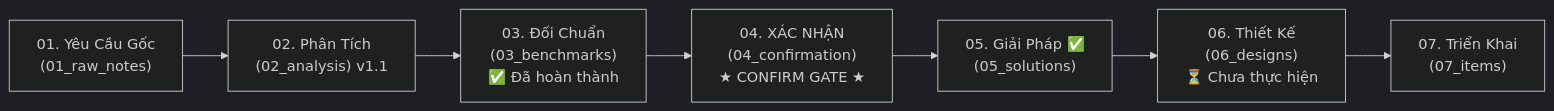
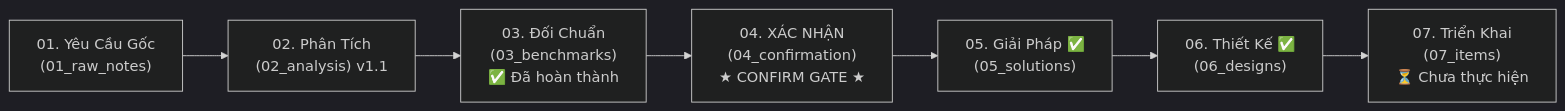
Before and after one commit to min3rd/open-erp: the diagram in docs/sprints/sprint_03_plugin_manager/00_READING_GUIDE.md, drawn with Mermaid (dark theme). The commit also changed other lines of this file and 3 other files, not shown here.

````diff
--- a/docs/sprints/sprint_03_plugin_manager/00_READING_GUIDE.md
+++ b/docs/sprints/sprint_03_plugin_manager/00_READING_GUIDE.md
@@ -16,9 +16,9 @@
 ```mermaid
 flowchart LR
     Step1["01. Yêu Cầu Gốc\n(01_raw_notes)"] --> Step2["02. Phân Tích\n(02_analysis) v1.1"]
     Step2 --> Step3["03. Đối Chuẩn\n(03_benchmarks)\n✅ Đã hoàn thành"]
     Step3 --> Step4["04. XÁC NHẬN\n(04_confirmation)\n★ CONFIRM GATE ★"]
     Step4 --> Step5["05. Giải Pháp ✅\n(05_solutions)"]
-    Step5 --> Step5b["06. Thiết Kế\n(06_designs)\n⏳ Chưa thực hiện"]
-    Step5b --> Step6["07. Triển Khai\n(07_items)"]
+    Step5 --> Step5b["06. Thiết Kế ✅\n(06_designs)"]
+    Step5b --> Step6["07. Triển Khai\n(07_items)\n⏳ Chưa thực hiện"]
 ```
````
